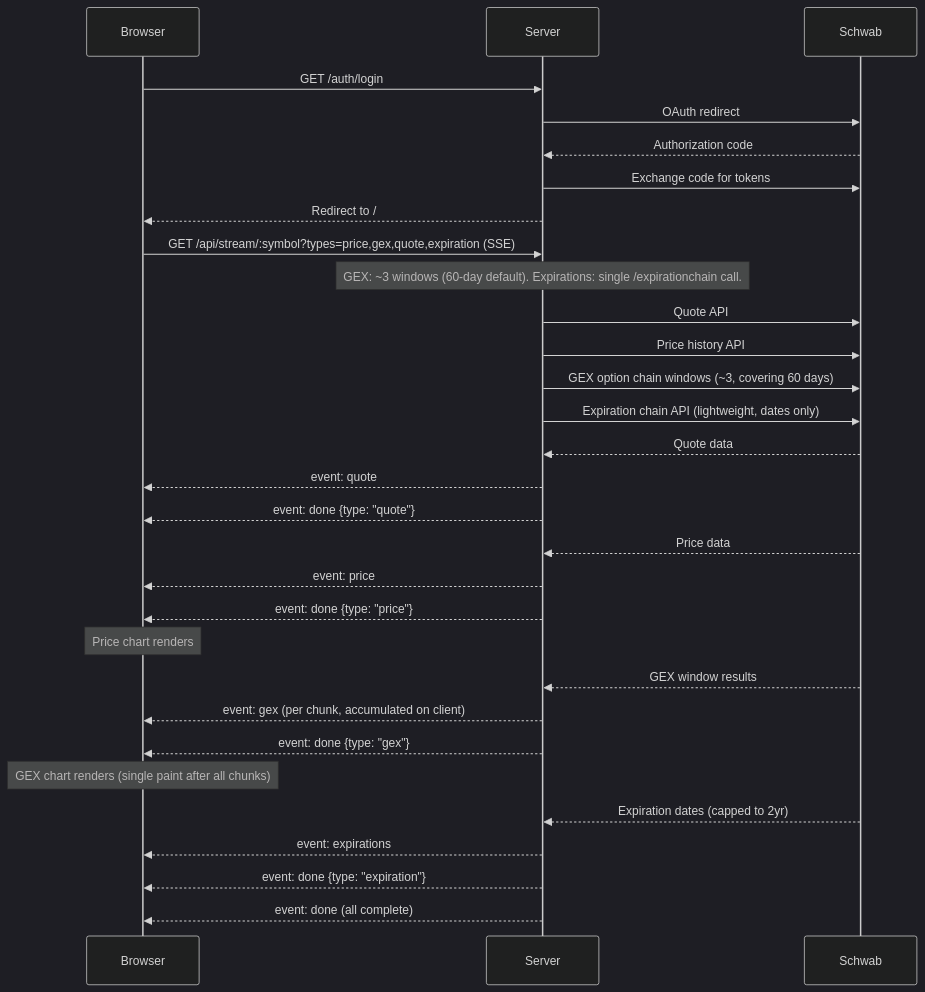
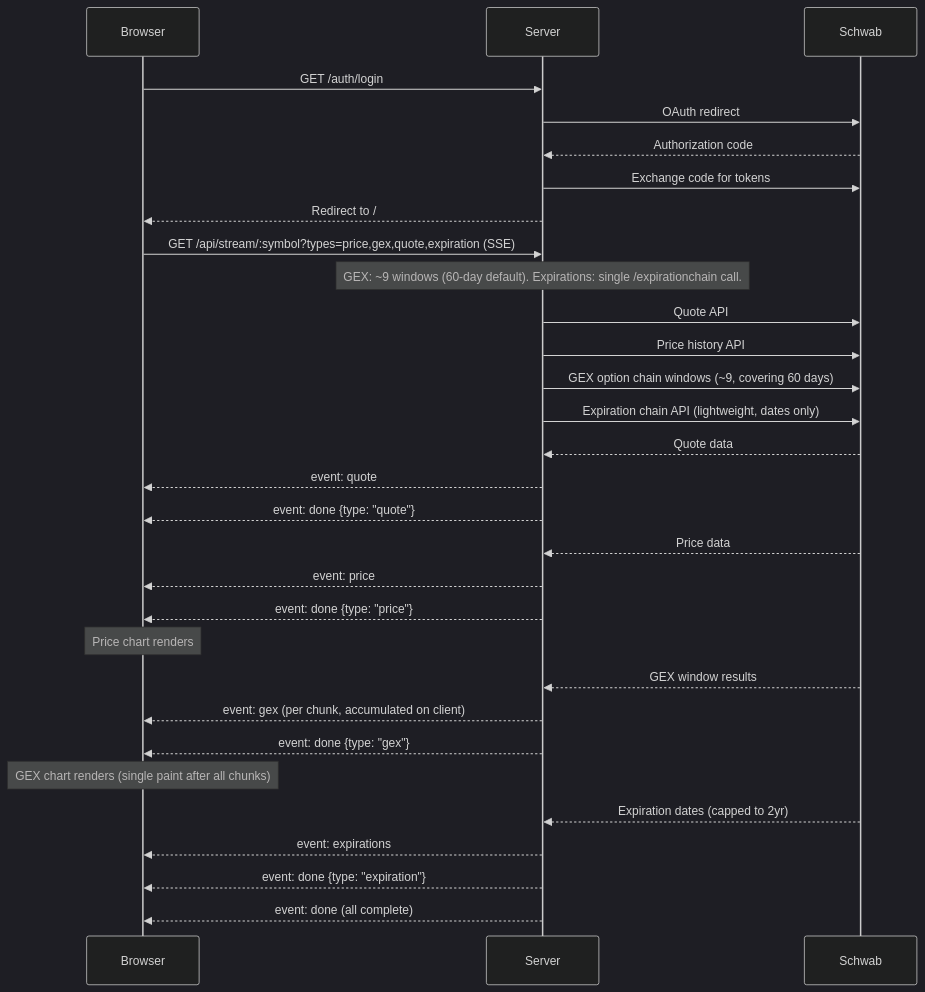
One commit to abhishek-cha/gex-dash changed the diagram in README.md. Above: the diagram before and after it, drawn with Mermaid (dark theme). The commit also changed other lines of this file and 2 other files, not shown here.

Commit message:
7 day window

````diff
--- a/README.md
+++ b/README.md
@@ -35,34 +35,34 @@
 ```mermaid
 sequenceDiagram
     participant Browser
     participant Server
     participant Schwab
 
     Browser->>Server: GET /auth/login
     Server->>Schwab: OAuth redirect
     Schwab-->>Server: Authorization code
     Server->>Schwab: Exchange code for tokens
     Server-->>Browser: Redirect to /
 
     Browser->>Server: GET /api/stream/:symbol?types=price,gex,quote,expiration (SSE)
-    Note over Server: GEX: ~3 windows (60-day default). Expirations: single /expirationchain call.
+    Note over Server: GEX: ~9 windows (60-day default). Expirations: single /expirationchain call.
     Server->>Schwab: Quote API
     Server->>Schwab: Price history API
-    Server->>Schwab: GEX option chain windows (~3, covering 60 days)
+    Server->>Schwab: GEX option chain windows (~9, covering 60 days)
     Server->>Schwab: Expiration chain API (lightweight, dates only)
     Schwab-->>Server: Quote data
     Server-->>Browser: event: quote
     Server-->>Browser: event: done {type: "quote"}
     Schwab-->>Server: Price data
     Server-->>Browser: event: price
     Server-->>Browser: event: done {type: "price"}
     Note over Browser: Price chart renders
     Schwab-->>Server: GEX window results
     Server-->>Browser: event: gex (per chunk, accumulated on client)
     Server-->>Browser: event: done {type: "gex"}
     Note over Browser: GEX chart renders (single paint after all chunks)
     Schwab-->>Server: Expiration dates (capped to 2yr)
     Server-->>Browser: event: expirations
     Server-->>Browser: event: done {type: "expiration"}
     Server-->>Browser: event: done (all complete)
 ```
````
